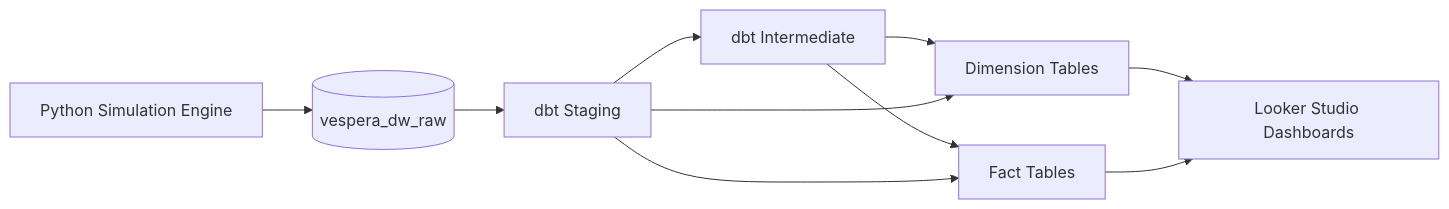
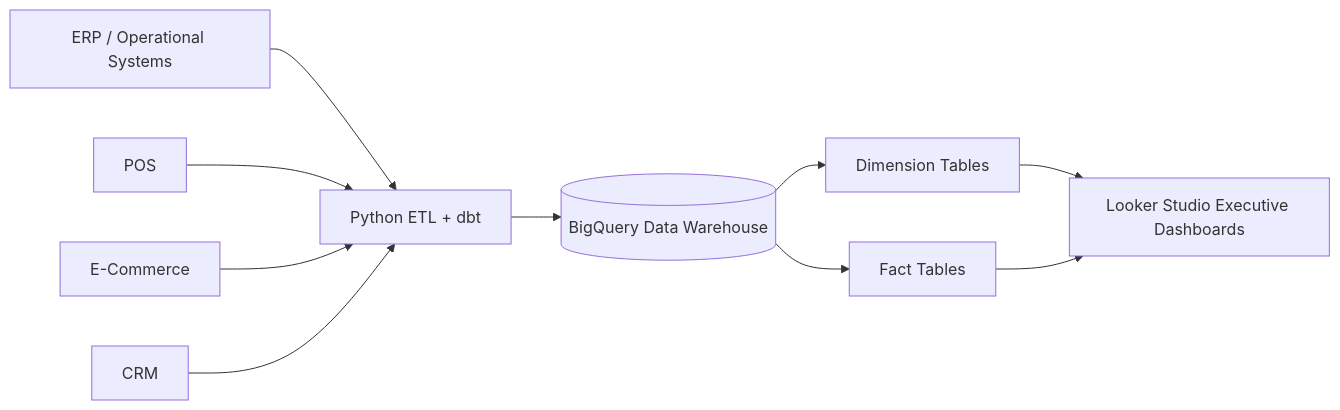
Before and after one commit to jovync/analytics-portfolio: the fourth of 4 diagrams in vespera-analytics-platform/docs/02_architecture/03_star_schema.md, drawn with Mermaid. The commit also changed other lines of this file and 16 other files, not shown here.

First line of the commit message:
Add marketing spend dbt slice (dim_campaign, fact_marketing_spend)

````diff
--- a/vespera-analytics-platform/docs/02_architecture/03_star_schema.md
+++ b/vespera-analytics-platform/docs/02_architecture/03_star_schema.md
@@ -314,19 +425,25 @@
 ```mermaid
 flowchart LR
 
-PY[Python Simulation Engine]
+ERP[ERP / Operational Systems]
+POS[POS]
+ECOM[E-Commerce]
+CRM[CRM]
 
-PY --> RAW[(vespera_dw_raw)]
+ERP --> ETL
+POS --> ETL
+ECOM --> ETL
+CRM --> ETL
 
-RAW --> STG[dbt Staging]
-STG --> INT[dbt Intermediate]
-INT --> DIM[Dimension Tables]
-INT --> FACT[Fact Tables]
-STG --> DIM
-STG --> FACT
+ETL[Python ETL + dbt]
+
+ETL --> DWH[(BigQuery Data Warehouse)]
+
+DWH --> DIM[Dimension Tables]
+DWH --> FACT[Fact Tables]
 
 DIM --> BI
 FACT --> BI
 
-BI[Looker Studio Dashboards]
+BI[Looker Studio Executive Dashboards]
 ```
````
